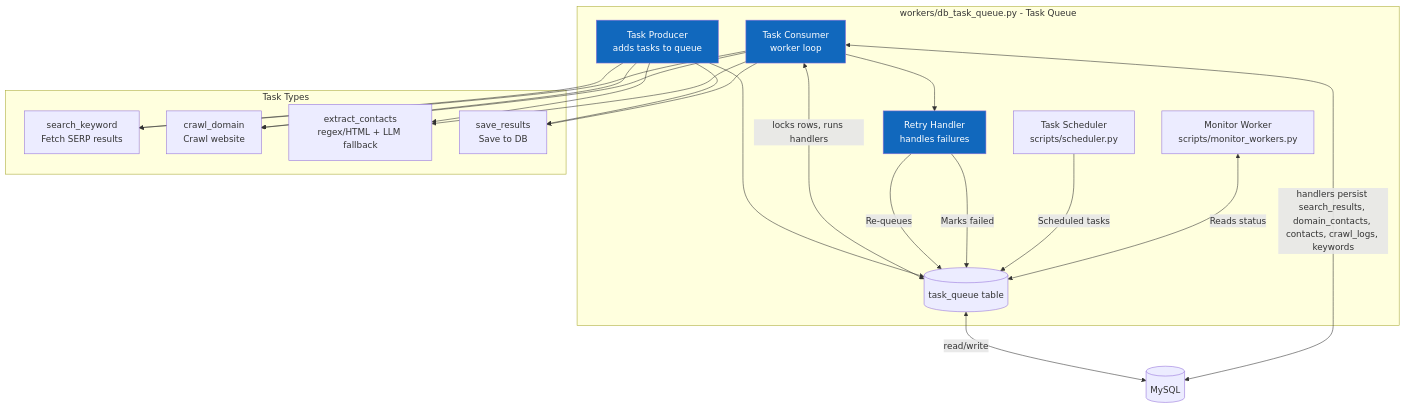
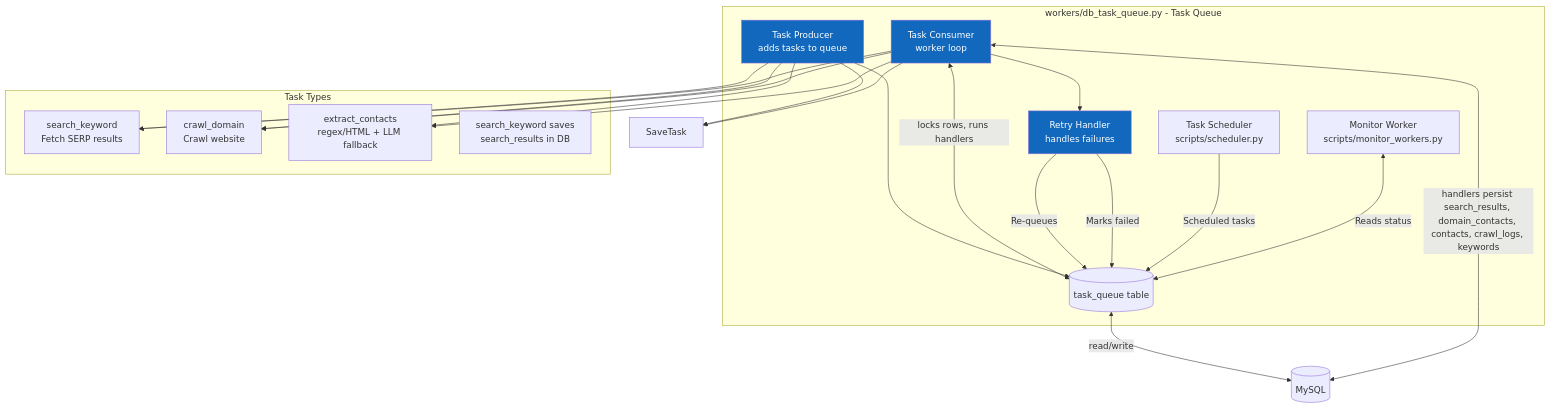
One commit to hauptmann1971/b2b-contact-miner changed the fifth of 8 diagrams in doc/C4_ARCHITECTURE.md. Above: the diagram before and after it, drawn with Mermaid. The commit also changed other lines of this file and 11 other files, not shown here.

````diff
--- a/doc/C4_ARCHITECTURE.md
+++ b/doc/C4_ARCHITECTURE.md
@@ -205,41 +205,41 @@
 ```mermaid
 graph TB
     subgraph "workers/db_task_queue.py - Task Queue"
         TaskProducer[Task Producer<br/>adds tasks to queue] --> TaskTable[(task_queue table)]
         
         TaskConsumer[Task Consumer<br/>worker loop] <-->|locks rows, runs handlers| TaskTable
         TaskConsumer --> RetryHandler[Retry Handler<br/>handles failures]
         
         RetryHandler -->|Re-queues| TaskTable
         RetryHandler -->|Marks failed| TaskTable
         
         TaskScheduler[Task Scheduler<br/>scripts/scheduler.py] -->|Scheduled tasks| TaskTable
         
         MonitorWorker[Monitor Worker<br/>scripts/monitor_workers.py] <-->|Reads status| TaskTable
     end
     
     MySQL_TQ[(MySQL)]
     TaskTable <-->|read/write| MySQL_TQ
     TaskConsumer <-->|handlers persist search_results, domain_contacts, contacts, crawl_logs, keywords| MySQL_TQ
     
     subgraph "Task Types"
         SearchTask[search_keyword<br/>Fetch SERP results]
         CrawlTask[crawl_domain<br/>Crawl website]
         ExtractTask[extract_contacts<br/>regex/HTML + LLM fallback]
-        SaveTask[save_results<br/>Save to DB]
+        SaveSERP[search_keyword saves<br/>search_results in DB]
     end
     
     TaskProducer --> SearchTask
     TaskProducer --> CrawlTask
     TaskProducer --> ExtractTask
     TaskProducer --> SaveTask
     
     TaskConsumer --> SearchTask
     TaskConsumer --> CrawlTask
     TaskConsumer --> ExtractTask
     TaskConsumer --> SaveTask
     
     style TaskConsumer fill:#1168bd,color:#fff
     style TaskProducer fill:#1168bd,color:#fff
     style RetryHandler fill:#1168bd,color:#fff
 ```
````
